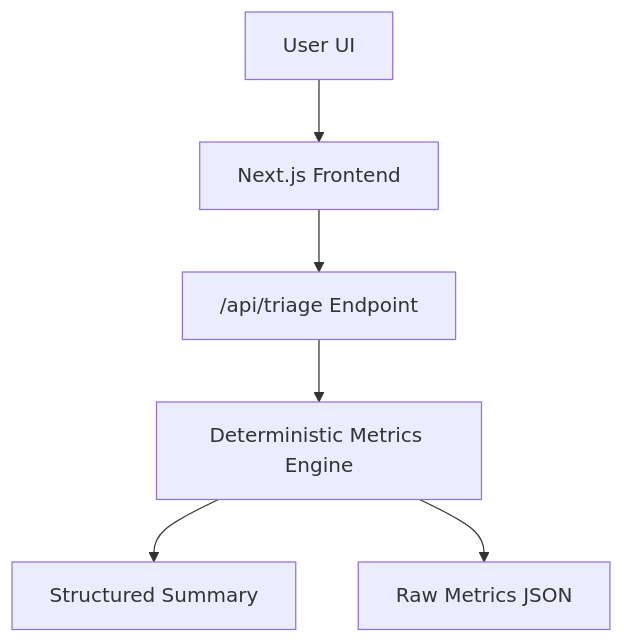
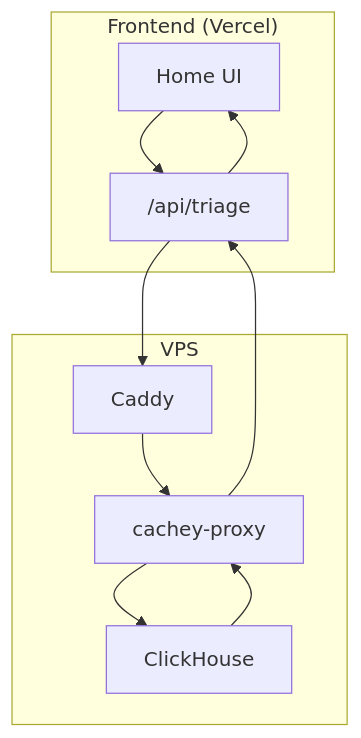
One commit to kganigap-291992/cdn-triage-bot changed the diagram in README.md. Above: the diagram before and after it, drawn with Mermaid. The commit also changed other lines of this file, not shown here.

````diff
--- a/README.md
+++ b/README.md
@@ -129,8 +225,21 @@
 ```mermaid
 flowchart TD
-    A["User UI"] --> B["Next.js Frontend"]
-    B --> C["/api/triage Endpoint"]
-    C --> D["Deterministic Metrics Engine"]
-    D --> E["Structured Summary"]
-    D --> F["Raw Metrics JSON"]
+  subgraph VERCEL["Frontend (Vercel)"]
+    UI["Home UI"]
+    API["/api/triage"]
+  end
+
+  subgraph VPS["VPS"]
+    CADDY["Caddy"]
+    PROXY["cachey-proxy"]
+    CH["ClickHouse"]
+  end
+
+  UI --> API
+  API --> CADDY
+  CADDY --> PROXY
+  PROXY --> CH
+  CH --> PROXY
+  PROXY --> API
+  API --> UI
 ```
````
